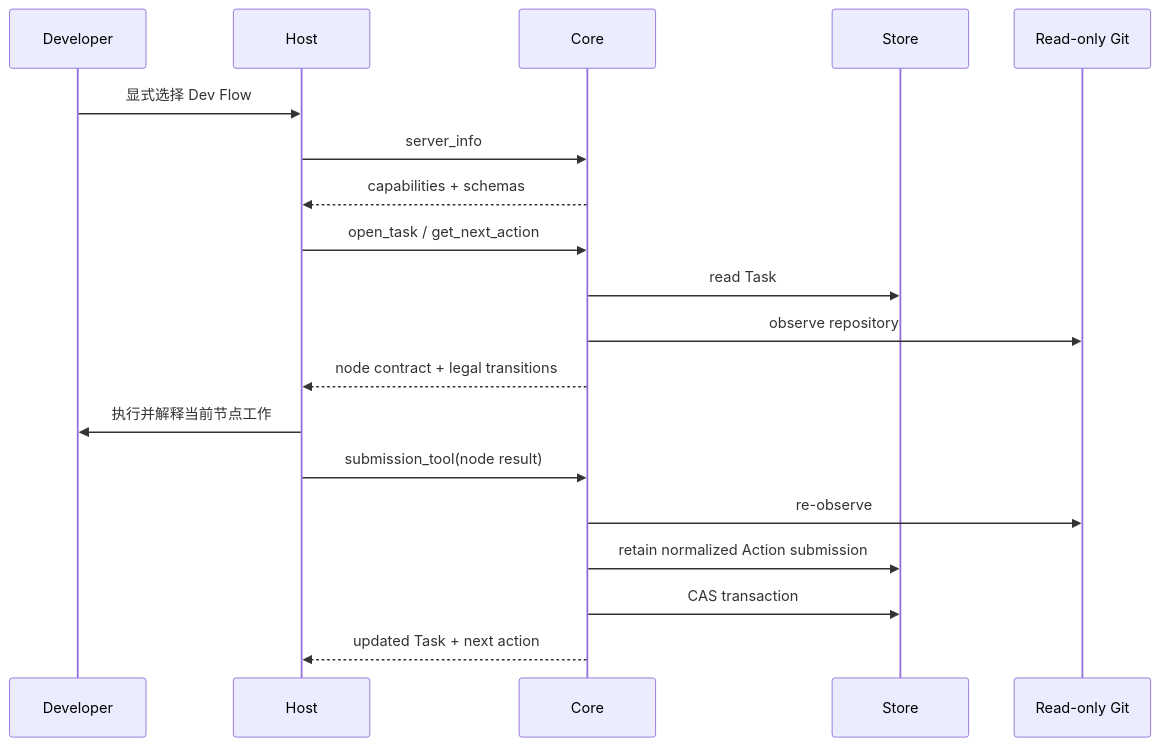
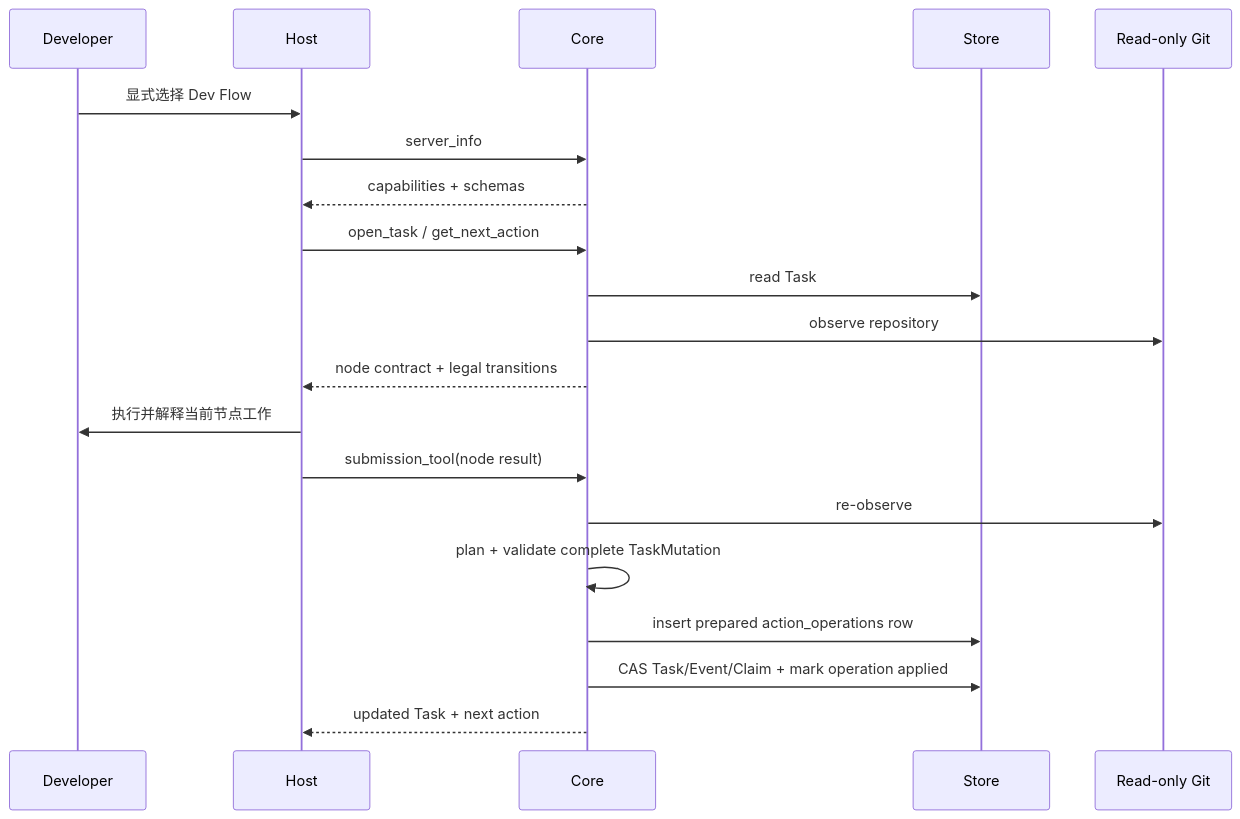
The second of 2 diagrams in docs/ARCHITECTURE.md (Innocent-children/dev-flow), drawn with Mermaid before and after one commit. The commit also changed other lines of this file and 41 other files, not shown here.

````diff
--- a/docs/ARCHITECTURE.md
+++ b/docs/ARCHITECTURE.md
@@ -206,22 +212,23 @@
 ```mermaid
 sequenceDiagram
     participant Developer
     participant Host
     participant Core
     participant Store
     participant Git as Read-only Git
 
     Developer->>Host: 显式选择 Dev Flow
     Host->>Core: server_info
     Core-->>Host: capabilities + schemas
     Host->>Core: open_task / get_next_action
     Core->>Store: read Task
     Core->>Git: observe repository
     Core-->>Host: node contract + legal transitions
     Host->>Developer: 执行并解释当前节点工作
     Host->>Core: submission_tool(node result)
     Core->>Git: re-observe
-    Core->>Store: retain normalized Action submission
-    Core->>Store: CAS transaction
+    Core->>Core: plan + validate complete TaskMutation
+    Core->>Store: insert prepared action_operations row
+    Core->>Store: CAS Task/Event/Claim + mark operation applied
     Core-->>Host: updated Task + next action
 ```
````
